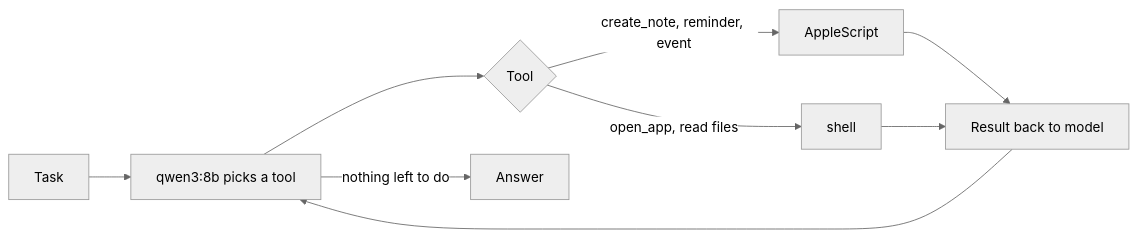
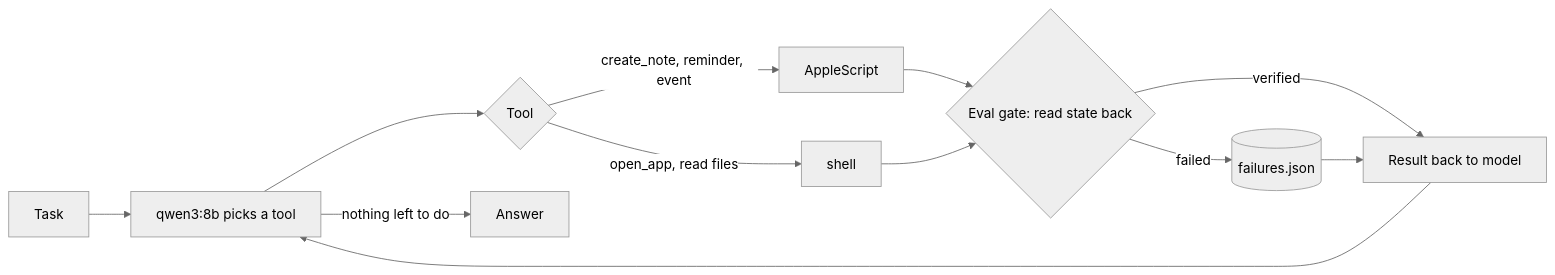
One commit to hussainn7/mcp-vision changed the diagram in README.md. Above: the diagram before and after it, drawn with Mermaid (neutral theme). The commit also changed other lines of this file and 2 other files, not shown here.

````diff
--- a/README.md
+++ b/README.md
@@ -12,11 +12,14 @@
 ```mermaid
 graph LR
     A[Task] --> B[qwen3:8b picks a tool]
     B --> C{Tool}
     C -->|create_note, reminder, event| D[AppleScript]
     C -->|open_app, read files| E[shell]
-    D --> F[Result back to model]
-    E --> F
+    D --> V{Eval gate: read state back}
+    E --> V
+    V -->|verified| F[Result back to model]
+    V -->|failed| L[(failures.json)]
+    L --> F
     F --> B
     B -->|nothing left to do| G[Answer]
 ```
````
